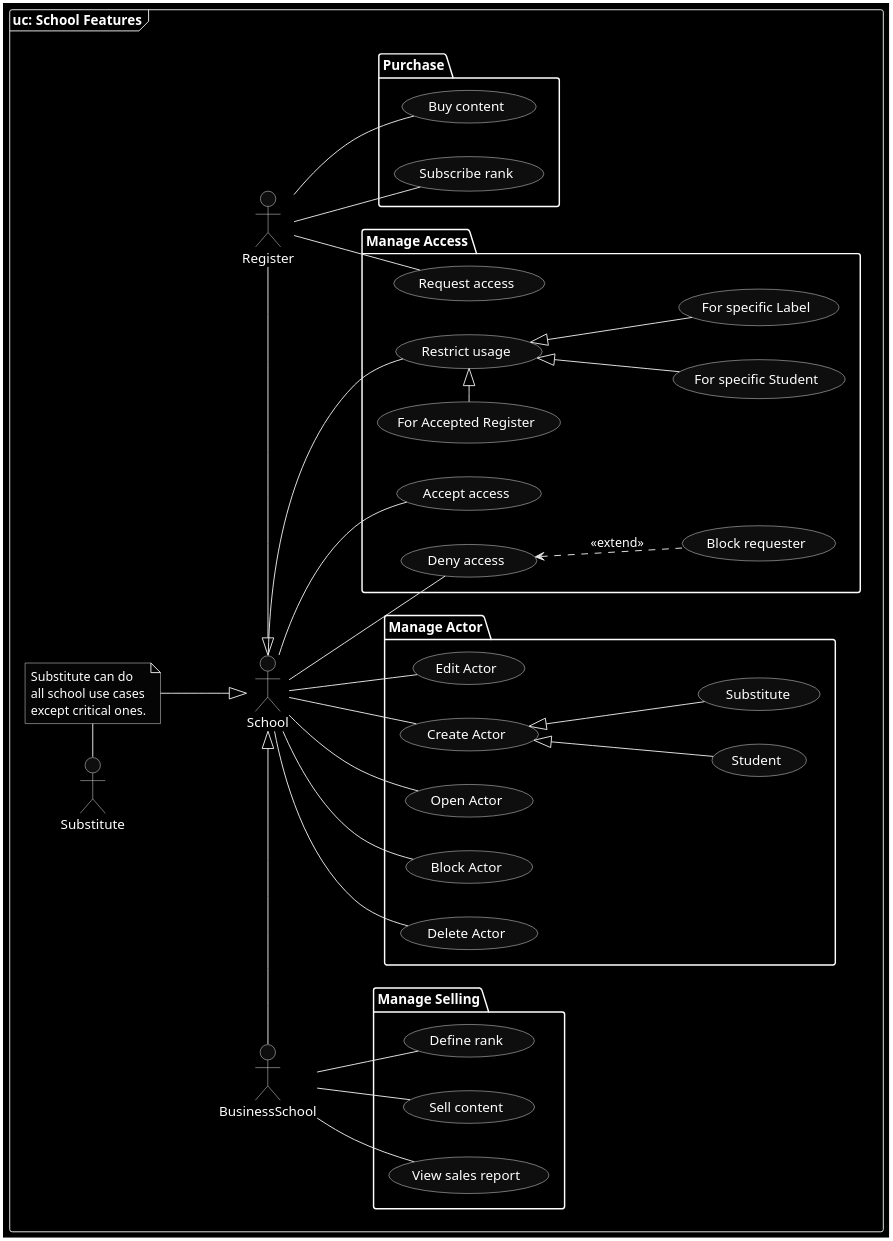
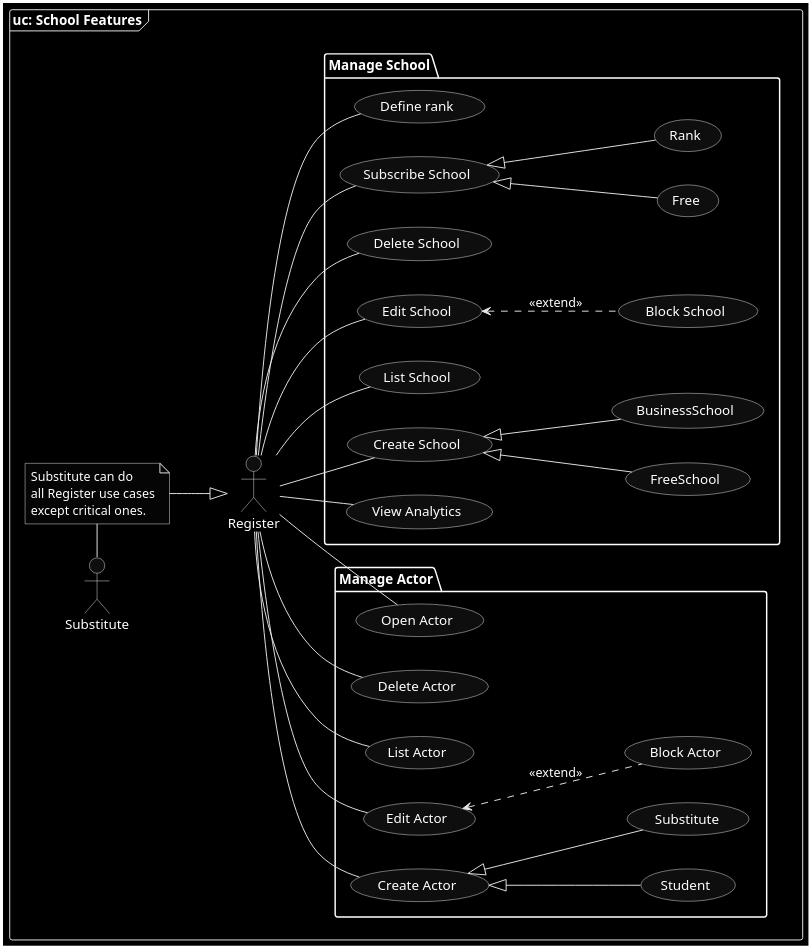
The diagram in models/1.UseCase/school/1.UseCase.puml (SSMM0498/arkad-conception), drawn with PlantUML before and after one commit. The commit also changed 7 other files, not shown here.

Commit message:
🌟 update use case diagram

```diff
--- a/models/1.UseCase/school/1.UseCase.puml
+++ b/models/1.UseCase/school/1.UseCase.puml
@@ -1,64 +1,51 @@
 @startuml
 left to right direction
 skinparam shadowing false
 skinparam monochrome reverse
 
 frame "uc: School Features" {
-    actor School
-    actor BusinessSchool
+    actor Register
     actor Substitute
     actor Register
 
-    note "Substitute can do\nall school use cases\nexcept critical ones." as NOTE
-    :School: <|-up- NOTE
+    note "Substitute can do\nall Register use cases\nexcept critical ones." as NOTE
+    :Register: <|-up- NOTE
     NOTE -left- :Substitute:
-    :School: <|-left- :BusinessSchool:
-    :School: <|-right- :Register:
 
     package "Manage Actor" {
-            (Create Actor) <|-down- (Student)
-            (Create Actor) <|-down- ( Substitute)
-            (Edit Actor)
-            (Delete Actor)
-            (Block Actor)
-            (Open Actor)
+        (Create Actor) <|-down- (Student)
+        (Create Actor) <|-down- ( Substitute)
+        (Edit Actor) <.down. (Block Actor) : <<extend>>
+        (List Actor)
+        (Delete Actor)
+        (Open Actor)
     }
 
-    package "Manage Selling" as MSE {
-        (Sell content)
+    package "Manage School" {
+        (View Analytics)
+        (Create School) <|-down- (FreeSchool)
+        (Create School) <|-down- (BusinessSchool)
+        (List School)
+        (Edit School) <.down. (Block School) : <<extend>>
+        (Delete School)
+        (Subscribe School) <|-down- (Rank)
+        (Subscribe School) <|-down- (Free)
         (Define rank)
-        (View sales report)
     }
 
-    package "Manage Access" as MA {
-        (Request access)
-        (Restrict usage) <|-left- (For Accepted Register)
-        (Restrict usage) <|-down- (For specific Label)
-        (Restrict usage) <|-down- (For specific Student)
-        (Deny access) <.down. (Block requester) : <<extend>>
-        (Accept access)
-    }
+    :Register: -down- (Create Actor)
+    :Register: -down- (Edit Actor)
+    :Register: -down- (List Actor)
+    :Register: -down- (Delete Actor)
+    :Register: -down- (Open Actor)
 
-    package "Purchase" as UCO {
-        (Buy content)
-        (Subscribe rank)
-    }
+    :Register: -down- (Create School)
+    :Register: -down- (Edit School)
+    :Register: -down- (List School)
+    :Register: -down- (Delete School)
+    :Register: -down- (View Analytics)
+    :Register: -down- (Subscribe School)
+    :Register: -down- (Define rank)
 
-    :School: -down- (Create Actor)
-    :School: -down- (Edit Actor)
-    :School: -down- (Block Actor)
-    :School: -down- (Delete Actor)
-    :School: -down- (Open Actor)
-    :School: -down- (Restrict usage)
-    :School: -down- (Accept access)
-    :School: -down- (Deny access)
-
-    :Register: -down- (Request access)
-    :Register: -down- (Buy content)
-    :Register: -down- (Subscribe rank)
-
-    :BusinessSchool: -down- (Sell content)
-    :BusinessSchool: -down- (Define rank)
-    :BusinessSchool: -left- (View sales report)
 }
 @enduml
```
